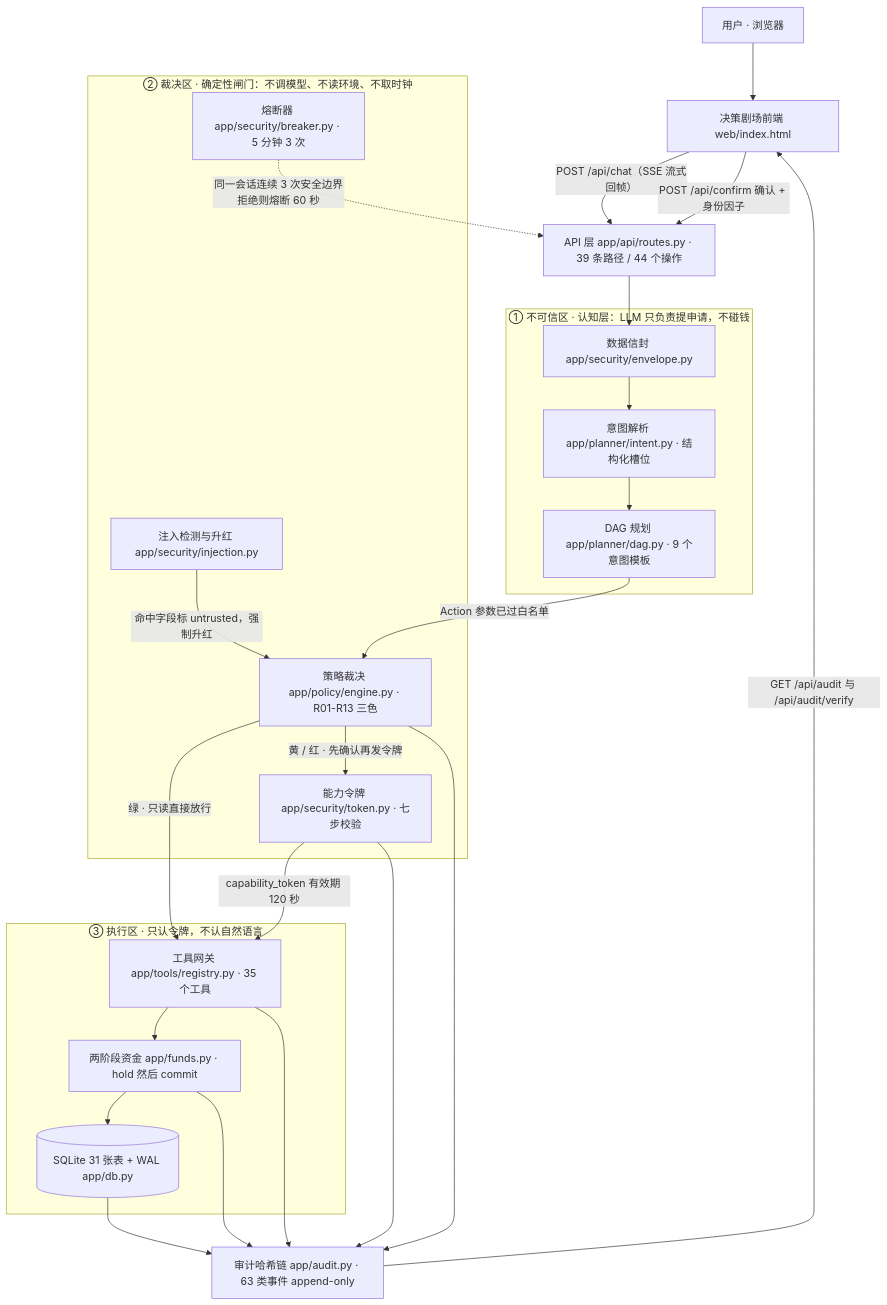
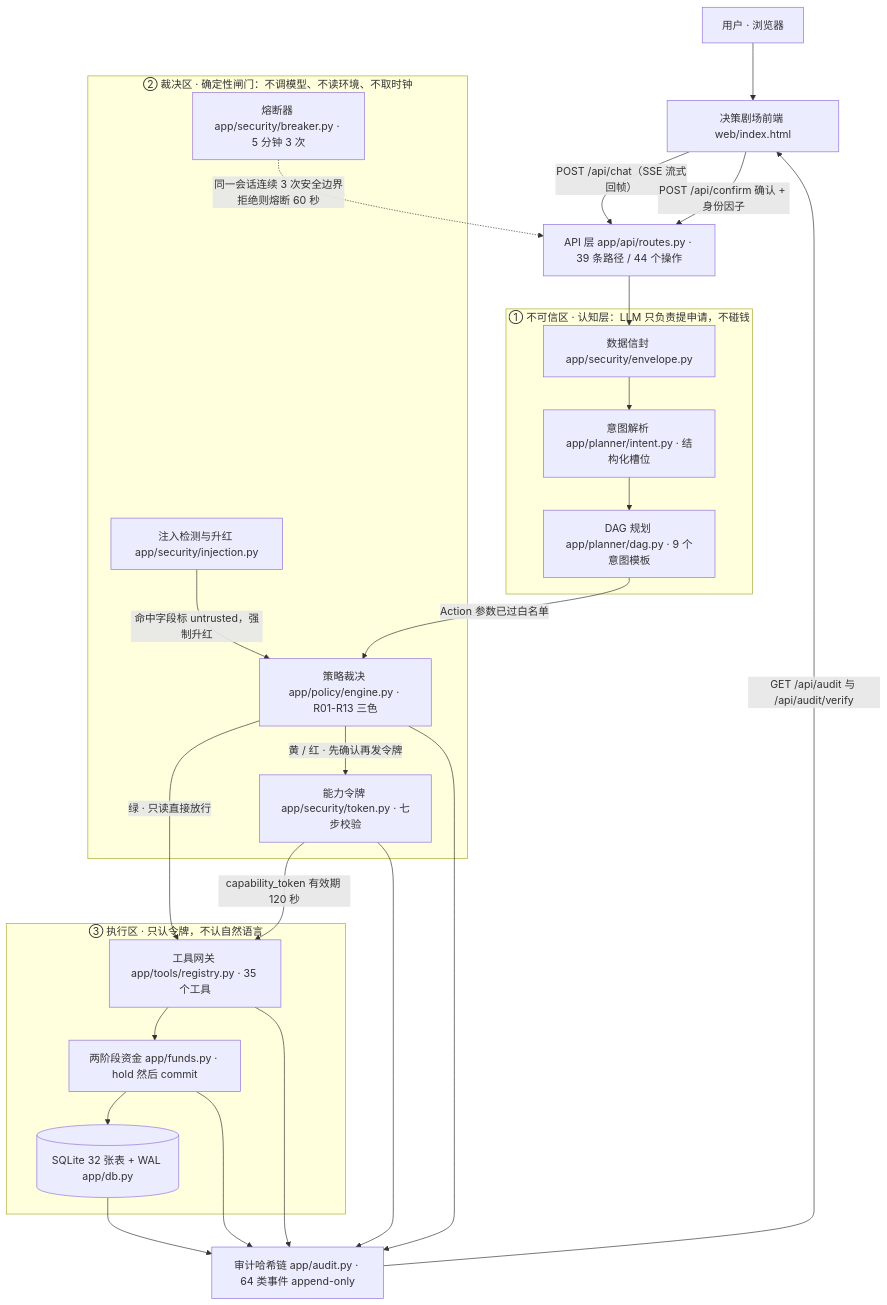
The first of 2 diagrams in docs/技术文档.md (peng6yu/banking-agent), drawn with Mermaid before and after one commit. The commit also changed other lines of this file and 36 other files, not shown here.

````diff
--- a/docs/技术文档.md
+++ b/docs/技术文档.md
@@ -56,42 +56,42 @@
 ```mermaid
 flowchart TD
     U["用户 · 浏览器"] --> FE["决策剧场前端 web/index.html"]
     FE -->|"POST /api/chat（SSE 流式回帧）"| API["API 层 app/api/routes.py · 39 条路径 / 44 个操作"]
     FE -->|"POST /api/confirm 确认 + 身份因子"| API
 
     subgraph L1["① 不可信区 · 认知层：LLM 只负责提申请，不碰钱"]
         ENV["数据信封 app/security/envelope.py"]
         INT["意图解析 app/planner/intent.py · 结构化槽位"]
         DAG["DAG 规划 app/planner/dag.py · 9 个意图模板"]
     end
 
     subgraph L2["② 裁决区 · 确定性闸门：不调模型、不读环境、不取时钟"]
         INJ["注入检测与升红 app/security/injection.py"]
         PE["策略裁决 app/policy/engine.py · R01-R13 三色"]
         TK["能力令牌 app/security/token.py · 七步校验"]
         BRK["熔断器 app/security/breaker.py · 5 分钟 3 次"]
     end
 
     subgraph L3["③ 执行区 · 只认令牌，不认自然语言"]
         REG["工具网关 app/tools/registry.py · 35 个工具"]
         FND["两阶段资金 app/funds.py · hold 然后 commit"]
-        DB[("SQLite 31 张表 + WAL app/db.py")]
+        DB[("SQLite 32 张表 + WAL app/db.py")]
     end
 
-    AUD["审计哈希链 app/audit.py · 63 类事件 append-only"]
+    AUD["审计哈希链 app/audit.py · 64 类事件 append-only"]
 
     API --> ENV --> INT --> DAG
     DAG -->|"Action 参数已过白名单"| PE
     INJ -->|"命中字段标 untrusted，强制升红"| PE
     PE -->|"绿 · 只读直接放行"| REG
     PE -->|"黄 / 红 · 先确认再发令牌"| TK
     TK -->|"capability_token 有效期 120 秒"| REG
     BRK -.->|"同一会话连续 3 次安全边界拒绝则熔断 60 秒"| API
     REG --> FND --> DB
     REG --> AUD
     FND --> AUD
     PE --> AUD
     TK --> AUD
     DB --> AUD
     AUD -->|"GET /api/audit 与 /api/audit/verify"| FE
 ```
````
